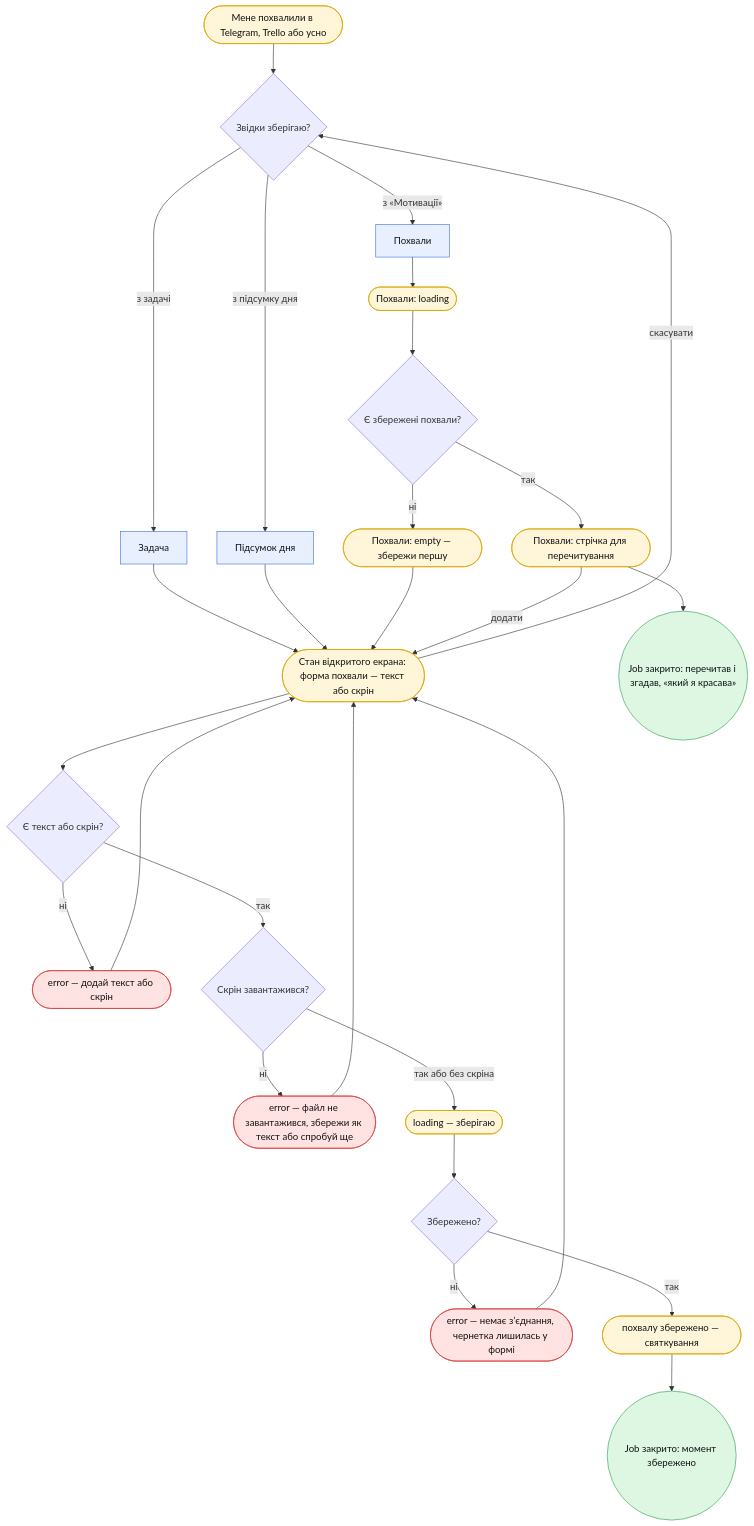
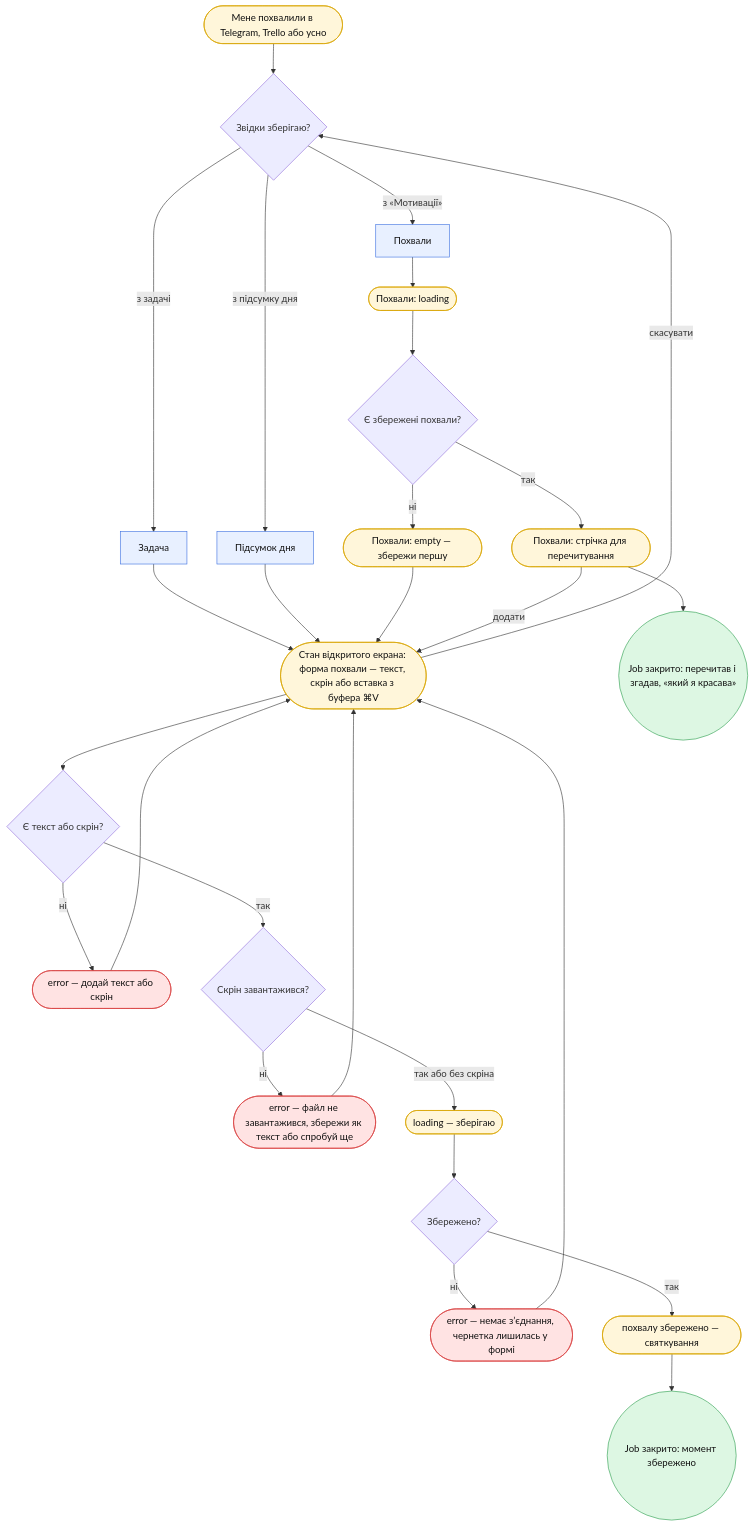
The fifth of 5 diagrams in flows.md (natocheiev/crm-mmmy), drawn with Mermaid before and after one commit. The commit also changed other lines of this file and 2 other files, not shown here.

Commit message:
Add NotchOwl patterns to sitemap and flows: wrap-up, idle timer pause, clipboard

````diff
--- a/flows.md
+++ b/flows.md
@@ -438,39 +451,39 @@
 ```mermaid
 flowchart TD
     START(["Мене похвалили в Telegram, Trello або усно"]) --> Q_WHERE{"Звідки зберігаю?"}
     Q_WHERE -->|з задачі| TASK["Задача"]
     Q_WHERE -->|з підсумку дня| DAY["Підсумок дня"]
     Q_WHERE -->|з «Мотивації»| PRAISE["Похвали"]
-    TASK --> FORM(["Стан відкритого екрана: форма похвали — текст або скрін"])
+    TASK --> FORM(["Стан відкритого екрана: форма похвали — текст, скрін або вставка з буфера ⌘V"])
     DAY --> FORM
     PRAISE --> PRAISE_LOADING(["Похвали: loading"])
     PRAISE_LOADING --> Q_HAS{"Є збережені похвали?"}
     Q_HAS -->|ні| PRAISE_EMPTY(["Похвали: empty — збережи першу"])
     PRAISE_EMPTY --> FORM
     Q_HAS -->|так| PRAISE_LIST(["Похвали: стрічка для перечитування"])
     PRAISE_LIST --> OK_READ(("Job закрито: перечитав і згадав, «який я красава»"))
     PRAISE_LIST -->|додати| FORM
 
     FORM -->|скасувати| Q_WHERE
     FORM --> Q_INPUT{"Є текст або скрін?"}
     Q_INPUT -->|ні| FORM_ERR(["error — додай текст або скрін"])
     FORM_ERR --> FORM
     Q_INPUT -->|так| Q_FILE{"Скрін завантажився?"}
     Q_FILE -->|ні| FILE_ERR(["error — файл не завантажився, збережи як текст або спробуй ще"])
     FILE_ERR --> FORM
     Q_FILE -->|так або без скріна| SAVING(["loading — зберігаю"])
     SAVING --> Q_SAVED{"Збережено?"}
     Q_SAVED -->|ні| SAVE_ERR(["error — немає зʼєднання, чернетка лишилась у формі"])
     SAVE_ERR --> FORM
     Q_SAVED -->|так| SAVED(["похвалу збережено — святкування"])
     SAVED --> OK(("Job закрито: момент збережено"))
 
     classDef screen fill:#E8F0FF,stroke:#3B6FE0,color:#111
     classDef state fill:#FFF6DA,stroke:#D9A400,color:#111
     classDef err fill:#FFE3E3,stroke:#D94141,color:#111
     classDef ok fill:#DDF7E3,stroke:#2E9E4F,color:#111
     class TASK,DAY,PRAISE screen
     class START,FORM,PRAISE_LOADING,PRAISE_EMPTY,PRAISE_LIST,SAVING,SAVED state
     class FORM_ERR,FILE_ERR,SAVE_ERR err
     class OK,OK_READ ok
 ```
````
